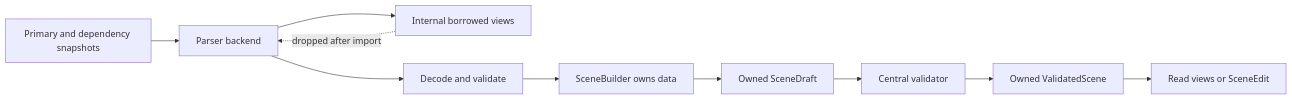
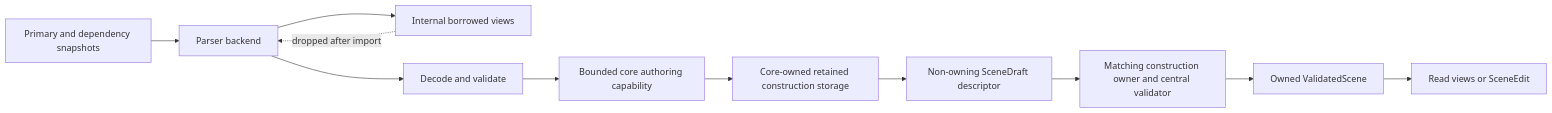
Before and after one commit to Latias94/baozi: the first of 2 diagrams in docs/adr/0009-data-ownership-zero-copy-lifetimes-and-memory-layout.md, drawn with Mermaid. The commit also changed other lines of this file and 18 other files, not shown here.

First line of the commit message:
docs(architecture): align canonical cutover gates

````diff
--- a/docs/adr/0009-data-ownership-zero-copy-lifetimes-and-memory-layout.md
+++ b/docs/adr/0009-data-ownership-zero-copy-lifetimes-and-memory-layout.md
@@ -58,13 +58,14 @@
 ```mermaid
 flowchart LR
     Input[Primary and dependency snapshots] --> Parser[Parser backend]
     Parser --> Borrowed[Internal borrowed views]
     Parser --> Decode[Decode and validate]
-    Decode --> Builder[SceneBuilder owns data]
-    Builder --> Draft[Owned SceneDraft]
-    Draft --> Validator[Central validator]
+    Decode --> Author[Bounded core authoring capability]
+    Author --> Storage[Core-owned retained construction storage]
+    Storage --> Draft[Non-owning SceneDraft descriptor]
+    Draft --> Validator[Matching construction owner and central validator]
     Validator --> Scene[Owned ValidatedScene]
     Scene --> User[Read views or SceneEdit]
 
     Borrowed -. dropped after import .-> Parser
 ```
````
